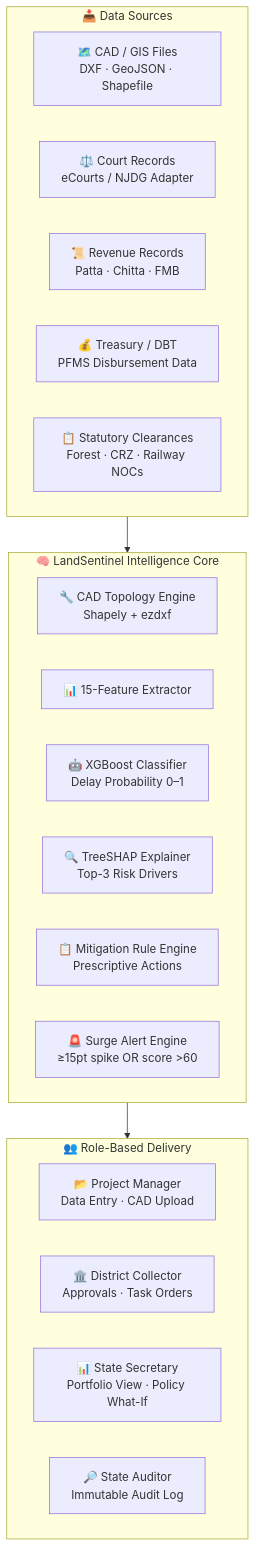
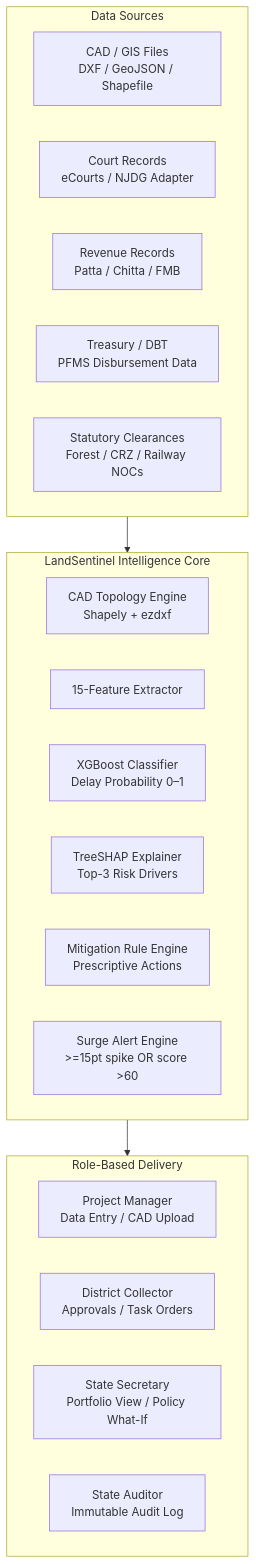
The diagram in README.md (Prakashraj-007/Predictive-Analytics-System-for-Early-Detection-of-Land-Acquisition-Delays), drawn with Mermaid before and after one commit. The commit also changed other lines of this file, not shown here.

````diff
--- a/README.md
+++ b/README.md
@@ -50,29 +50,29 @@
 ```mermaid
 flowchart TD
-    subgraph Sources["📥 Data Sources"]
-        D1["🗺️ CAD / GIS Files\nDXF · GeoJSON · Shapefile"]
-        D2["⚖️ Court Records\neCourts / NJDG Adapter"]
-        D3["📜 Revenue Records\nPatta · Chitta · FMB"]
-        D4["💰 Treasury / DBT\nPFMS Disbursement Data"]
-        D5["📋 Statutory Clearances\nForest · CRZ · Railway NOCs"]
+    subgraph Sources["Data Sources"]
+        D1["CAD / GIS Files\nDXF / GeoJSON / Shapefile"]
+        D2["Court Records\neCourts / NJDG Adapter"]
+        D3["Revenue Records\nPatta / Chitta / FMB"]
+        D4["Treasury / DBT\nPFMS Disbursement Data"]
+        D5["Statutory Clearances\nForest / CRZ / Railway NOCs"]
     end
 
-    subgraph Engine["🧠 LandSentinel Intelligence Core"]
-        V1["🔧 CAD Topology Engine\nShapely + ezdxf"]
-        V2["📊 15-Feature Extractor"]
-        ML["🤖 XGBoost Classifier\nDelay Probability 0–1"]
-        XAI["🔍 TreeSHAP Explainer\nTop-3 Risk Drivers"]
-        REC["📋 Mitigation Rule Engine\nPrescriptive Actions"]
-        ALT["🚨 Surge Alert Engine\n≥15pt spike OR score >60"]
+    subgraph Engine["LandSentinel Intelligence Core"]
+        V1["CAD Topology Engine\nShapely + ezdxf"]
+        V2["15-Feature Extractor"]
+        ML["XGBoost Classifier\nDelay Probability 0–1"]
+        XAI["TreeSHAP Explainer\nTop-3 Risk Drivers"]
+        REC["Mitigation Rule Engine\nPrescriptive Actions"]
+        ALT["Surge Alert Engine\n>=15pt spike OR score >60"]
     end
 
-    subgraph Users["👥 Role-Based Delivery"]
-        PM["📂 Project Manager\nData Entry · CAD Upload"]
-        COL["🏛️ District Collector\nApprovals · Task Orders"]
-        SEC["📊 State Secretary\nPortfolio View · Policy What-If"]
-        AUD["🔎 State Auditor\nImmutable Audit Log"]
+    subgraph Users["Role-Based Delivery"]
+        PM["Project Manager\nData Entry / CAD Upload"]
+        COL["District Collector\nApprovals / Task Orders"]
+        SEC["State Secretary\nPortfolio View / Policy What-If"]
+        AUD["State Auditor\nImmutable Audit Log"]
     end
 
     Sources --> Engine
     Engine --> Users
 ```
````
